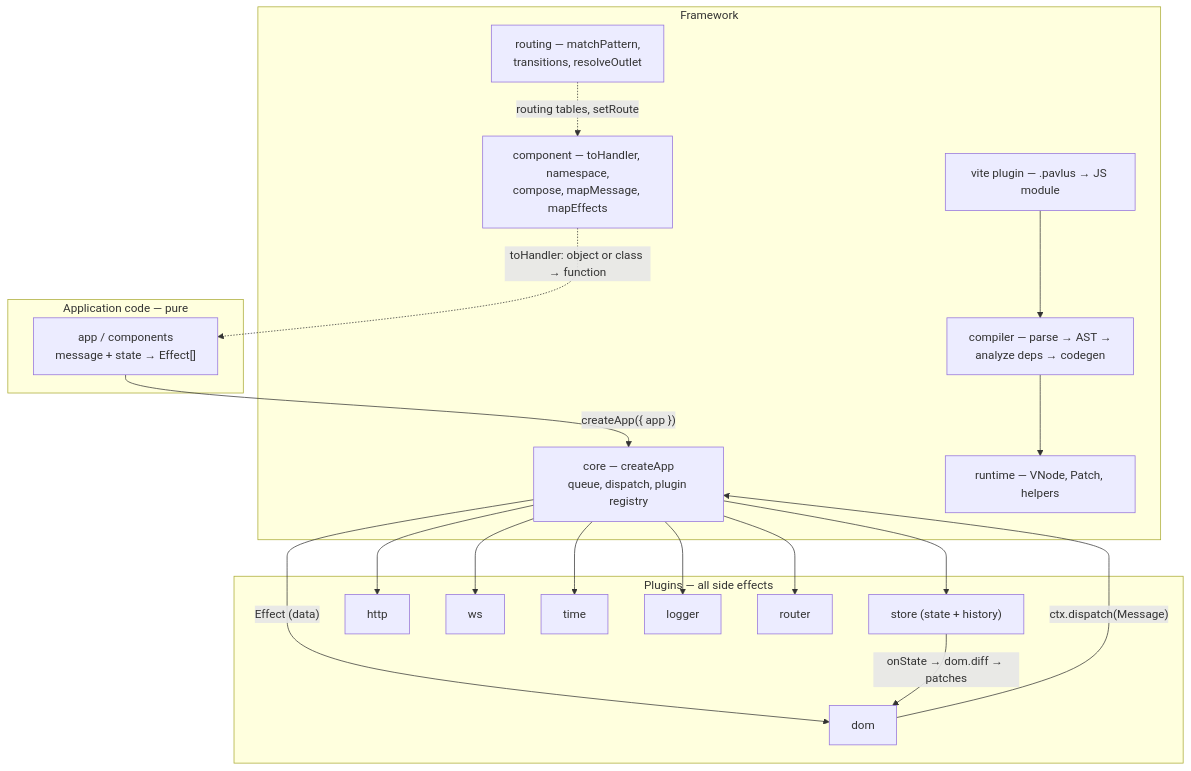
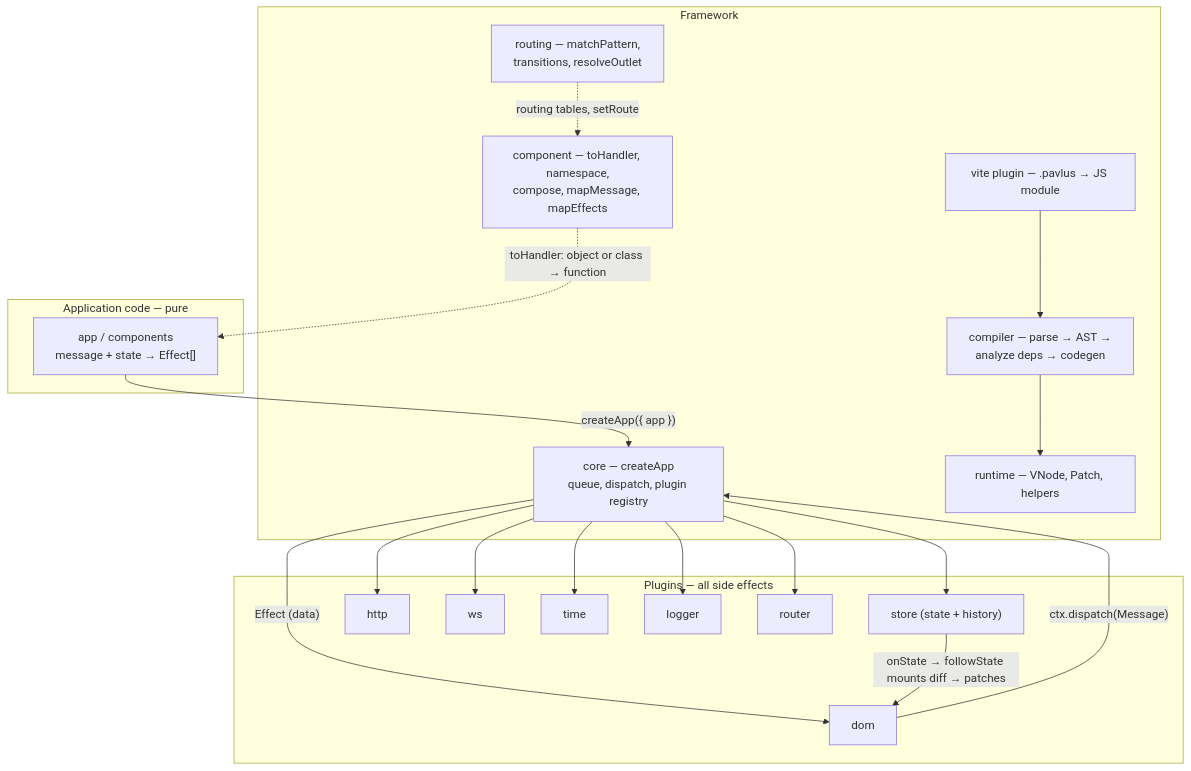
The first of 4 diagrams in framework/docs/architecture.md (rysev-a/pavlus), drawn with Mermaid before and after one commit. The commit also changed other lines of this file and 15 other files, not shown here.

First line of the commit message:
framework: the dom does not follow the state

````diff
--- a/framework/docs/architecture.md
+++ b/framework/docs/architecture.md
@@ -33,37 +33,37 @@
 ```mermaid
 flowchart TD
     subgraph app["Application code — pure"]
         A["app / components<br/>message + state → Effect[]"]
     end
     subgraph fw["Framework"]
         C["core — createApp<br/>queue, dispatch, plugin registry"]
         K["component — toHandler, namespace,<br/>compose, mapMessage, mapEffects"]
         R["routing — matchPattern,<br/>transitions, resolveOutlet"]
         T["compiler — parse → AST →<br/>analyze deps → codegen"]
         V["vite plugin — .pavlus → JS module"]
         RT["runtime — VNode, Patch, helpers"]
     end
     subgraph plugs["Plugins — all side effects"]
         D["dom"]
         ST["store (state + history)"]
         H["http"]
         W["ws"]
         TI["time"]
         L["logger"]
         RO["router"]
     end
     A -->|"createApp({ app })"| C
     K -.->|"toHandler: object or class → function"| A
     R -.->|"routing tables, setRoute"| K
     T --> RT
     V --> T
     C -->|"Effect (data)"| D
     C --> ST
     C --> H
     C --> W
     C --> TI
     C --> L
     C --> RO
     D -->|"ctx.dispatch(Message)"| C
-    ST -->|"onState → dom.diff → patches"| D
+    ST -->|"onState → followState mounts diff → patches"| D
 ```
````
